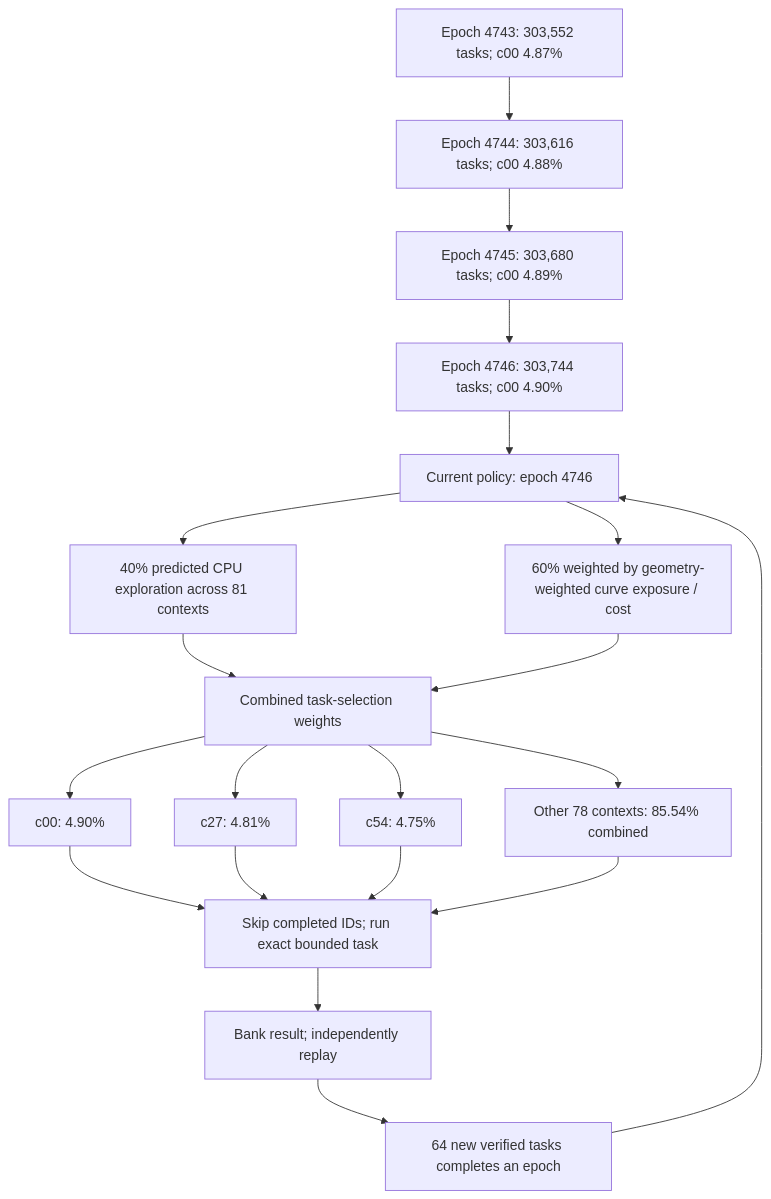
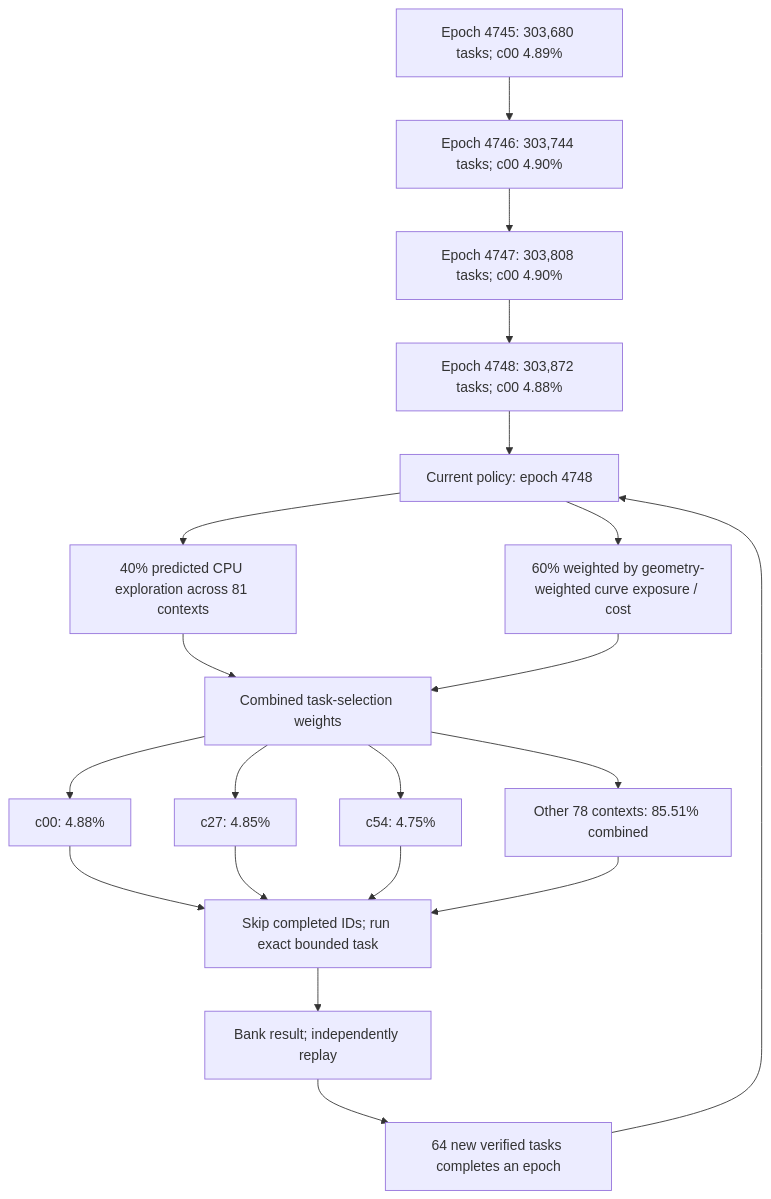
The first of 3 diagrams in README.md (Kuberwastaken/math-gambling), drawn with Mermaid before and after one commit. The commit also changed other lines of this file and 337 other files, not shown here.

````diff
--- a/README.md
+++ b/README.md
@@ -60,27 +60,27 @@
 ```mermaid
 flowchart TD
-    H0["Epoch 4743: 303,552 tasks; c00 4.87%"]
-    H1["Epoch 4744: 303,616 tasks; c00 4.88%"]
+    H0["Epoch 4745: 303,680 tasks; c00 4.89%"]
+    H1["Epoch 4746: 303,744 tasks; c00 4.90%"]
     H0 --> H1
-    H2["Epoch 4745: 303,680 tasks; c00 4.89%"]
+    H2["Epoch 4747: 303,808 tasks; c00 4.90%"]
     H1 --> H2
-    H3["Epoch 4746: 303,744 tasks; c00 4.90%"]
+    H3["Epoch 4748: 303,872 tasks; c00 4.88%"]
     H2 --> H3
-    Policy["Current policy: epoch 4746"]
+    Policy["Current policy: epoch 4748"]
     H3 --> Policy
     Policy --> Explore["40% predicted CPU exploration across 81 contexts"]
     Policy --> Cost["60% weighted by geometry-weighted curve exposure / cost"]
     Explore --> Mix["Combined task-selection weights"]
     Cost --> Mix
-    Mix --> C0["c00: 4.90%"]
-    Mix --> C1["c27: 4.81%"]
+    Mix --> C0["c00: 4.88%"]
+    Mix --> C1["c27: 4.85%"]
     Mix --> C2["c54: 4.75%"]
-    Mix --> Rest["Other 78 contexts: 85.54% combined"]
+    Mix --> Rest["Other 78 contexts: 85.51% combined"]
     C0 --> Check["Skip completed IDs; run exact bounded task"]
     C1 --> Check
     C2 --> Check
     Rest --> Check
     Check --> Replay["Bank result; independently replay"]
     Replay --> Gate["64 new verified tasks completes an epoch"]
     Gate --> Policy
 ```
````
